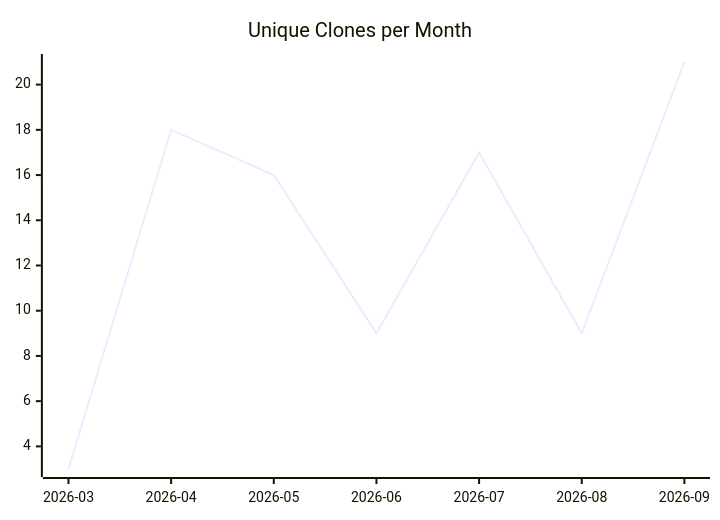
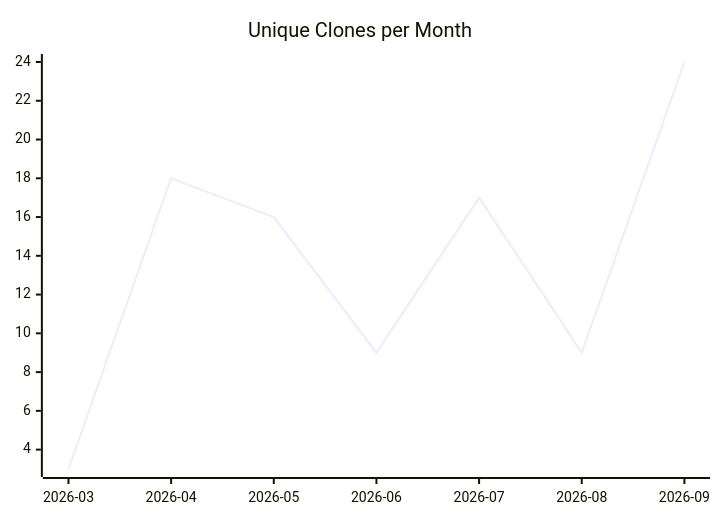
The third of 3 diagrams in karlmdavis/jessentials/README.md (justdavis-family/github-analytics-data), drawn with Mermaid before and after one commit. The commit also changed other lines of this file and 200 other files, not shown here.

````diff
--- a/karlmdavis/jessentials/README.md
+++ b/karlmdavis/jessentials/README.md
@@ -19,6 +19,6 @@
 ```mermaid
 xychart-beta
   title "Unique Clones per Month"
   x-axis ["2026-03", "2026-04", "2026-05", "2026-06", "2026-07", "2026-08", "2026-09"]
-  line [3, 18, 16, 9, 17, 9, 21]
+  line [3, 18, 16, 9, 17, 9, 24]
 ```
````
